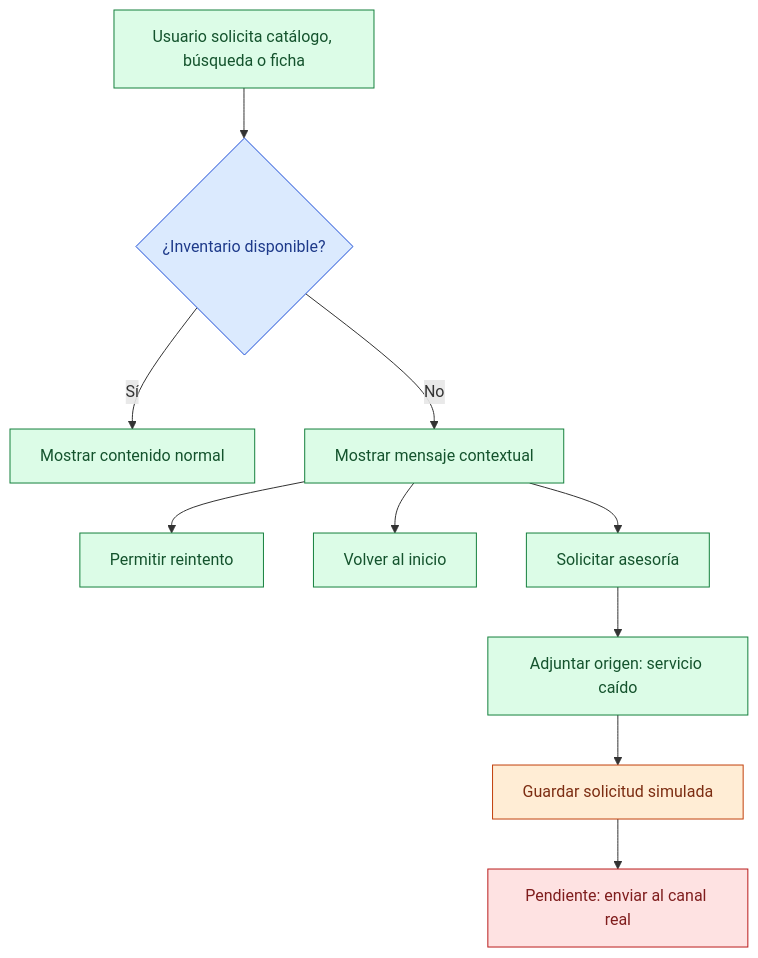
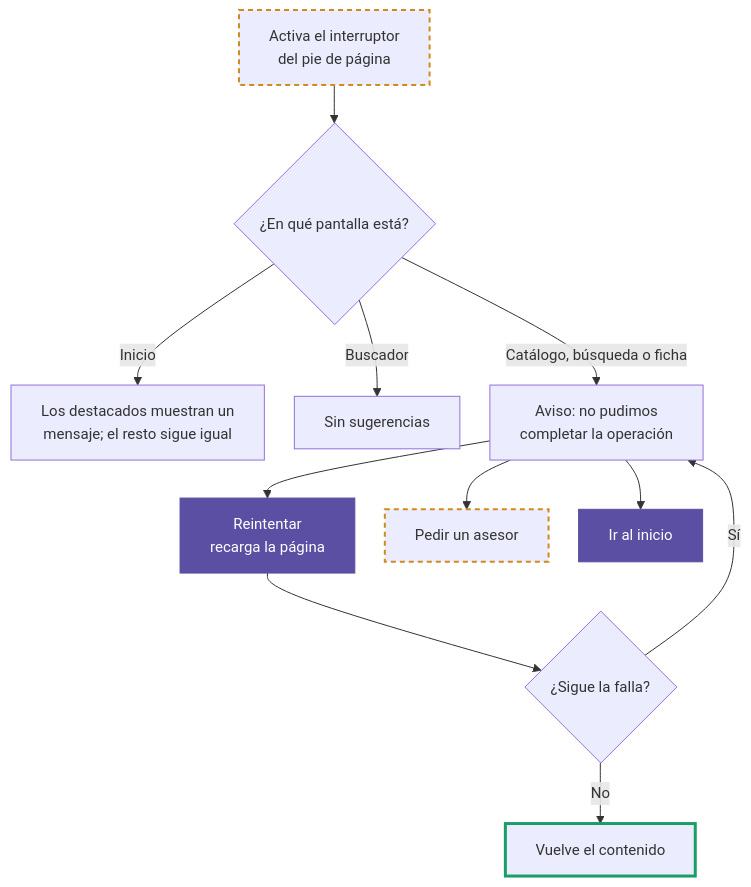
Diagram 16 of 16 in DIAGRAMAS_FLUJO_PROTOTIPO.md (juanesgv/tienda-virtual-kgm), drawn with Mermaid before and after one commit. The commit also changed other lines of this file and 9 other files, not shown here.

````diff
--- a/DIAGRAMAS_FLUJO_PROTOTIPO.md
+++ b/DIAGRAMAS_FLUJO_PROTOTIPO.md
@@ -408,22 +385,17 @@
 ```mermaid
+%%{init: {"themeVariables": {"fontSize": "15px"}, "flowchart": {"nodeSpacing": 30, "rankSpacing": 38}}}%%
 flowchart TD
-    A[Usuario solicita catálogo, búsqueda o ficha] --> B{¿Inventario disponible?}
-    B -->|Sí| C[Mostrar contenido normal]
-    B -->|No| D[Mostrar mensaje contextual]
-    D --> E[Permitir reintento]
-    D --> F[Volver al inicio]
-    D --> G[Solicitar asesoría]
-    G --> H[Adjuntar origen: servicio caído]
-    H --> I[Guardar solicitud simulada]
-    I --> J[Pendiente: enviar al canal real]
-
-    class A,B,C,D,E,F,G,H functional;
-    class I simulated;
-    class J pending;
-    class B decision;
-
-    classDef functional fill:#dcfce7,stroke:#15803d,color:#14532d;
-    classDef simulated fill:#ffedd5,stroke:#c2410c,color:#7c2d12;
-    classDef pending fill:#fee2e2,stroke:#b91c1c,color:#7f1d1d;
-    classDef decision fill:#dbeafe,stroke:#1d4ed8,color:#1e3a8a;
+    classDef client fill:#5b4fa3,stroke:#5b4fa3,color:#ffffff;
+    classDef end1 stroke:#1a9d68,stroke-width:3px;
+    classDef sim stroke-dasharray: 5 4,stroke:#d08a1f,stroke-width:2px;
+    A["Activa el interruptor<br/>del pie de página"]:::sim --> B{"¿En qué pantalla está?"}
+    B -->|"Inicio"| C["Los destacados muestran un<br/>mensaje; el resto sigue igual"]
+    B -->|"Buscador"| E["Sin sugerencias"]
+    B -->|"Catálogo, búsqueda o ficha"| D["Aviso: no pudimos<br/>completar la operación"]
+    D --> F["Reintentar<br/>recarga la página"]:::client
+    D --> G["Pedir un asesor"]:::sim
+    D --> J["Ir al inicio"]:::client
+    F --> H{"¿Sigue la falla?"}
+    H -->|"Sí"| D
+    H -->|"No"| I["Vuelve el contenido"]:::end1
 ```
````
